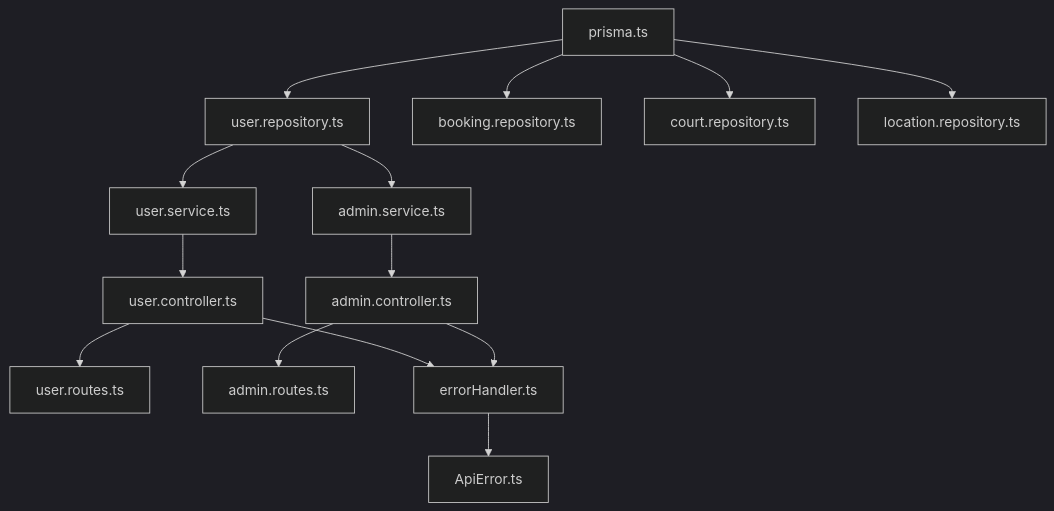
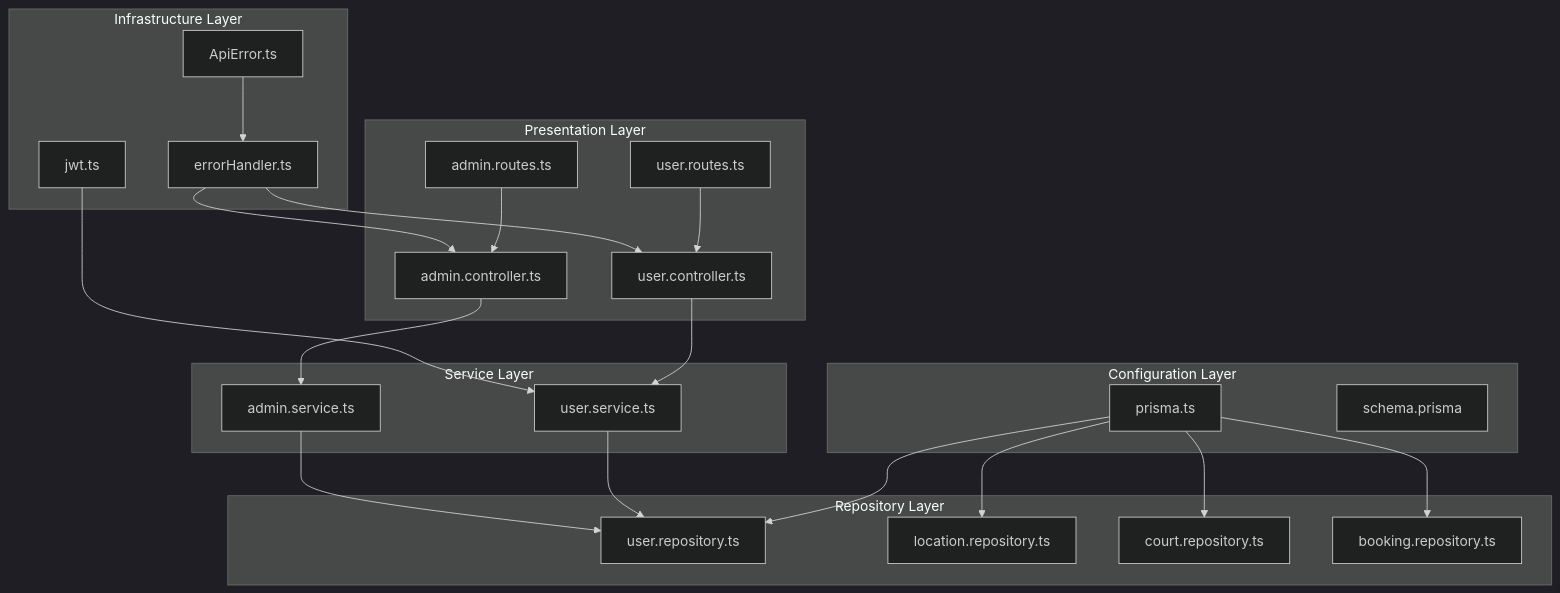
Before and after one commit to nguyencongtrung2001/Do-An: the tenth of 11 diagrams in .qoder/repowiki/en/content/Backend Architecture/Data Access Layer.md, drawn with Mermaid (dark theme). The commit also changed other lines of this file and 12 other files, not shown here.

````diff
--- a/.qoder/repowiki/en/content/Backend Architecture/Data Access Layer.md
+++ b/.qoder/repowiki/en/content/Backend Architecture/Data Access Layer.md
@@ -516,16 +539,42 @@
 ```mermaid
 graph TB
-PRISMA["prisma.ts"] --> URepo["user.repository.ts"]
-PRISMA --> BRepo["booking.repository.ts"]
-PRISMA --> CRepo["court.repository.ts"]
-PRISMA --> LRepo["location.repository.ts"]
-URepo --> USvc["user.service.ts"]
-URepo --> ASvc["admin.service.ts"]
-USvc --> UCtrl["user.controller.ts"]
-ASvc --> ACtrl["admin.controller.ts"]
-UCtrl --> URoutes["user.routes.ts"]
-ACtrl --> ARoutes["admin.routes.ts"]
-UCtrl --> Err["errorHandler.ts"]
-ACtrl --> Err
-Err --> AErr["ApiError.ts"]
+subgraph "Configuration Layer"
+PRISMA["prisma.ts"]
+SCHEMA["schema.prisma"]
+end
+subgraph "Repository Layer"
+USER_REPO["user.repository.ts"]
+LOC_REPO["location.repository.ts"]
+COURT_REPO["court.repository.ts"]
+BOOK_REPO["booking.repository.ts"]
+end
+subgraph "Service Layer"
+USER_SVC["user.service.ts"]
+ADMIN_SVC["admin.service.ts"]
+end
+subgraph "Presentation Layer"
+CTRL_USER["user.controller.ts"]
+CTRL_ADMIN["admin.controller.ts"]
+ROUTE_USER["user.routes.ts"]
+ROUTE_ADMIN["admin.routes.ts"]
+end
+subgraph "Infrastructure Layer"
+ERROR_HANDLER["errorHandler.ts"]
+API_ERROR["ApiError.ts"]
+JWT_UTIL["jwt.ts"]
+end
+PRISMA --> USER_REPO
+PRISMA --> LOC_REPO
+PRISMA --> COURT_REPO
+PRISMA --> BOOK_REPO
+USER_SVC --> USER_REPO
+ADMIN_SVC --> USER_REPO
+CTRL_USER --> USER_SVC
+CTRL_ADMIN --> ADMIN_SVC
+ROUTE_USER --> CTRL_USER
+ROUTE_ADMIN --> CTRL_ADMIN
+ERROR_HANDLER --> CTRL_USER
+ERROR_HANDLER --> CTRL_ADMIN
+API_ERROR --> ERROR_HANDLER
+JWT_UTIL --> USER_SVC
 ```
````
